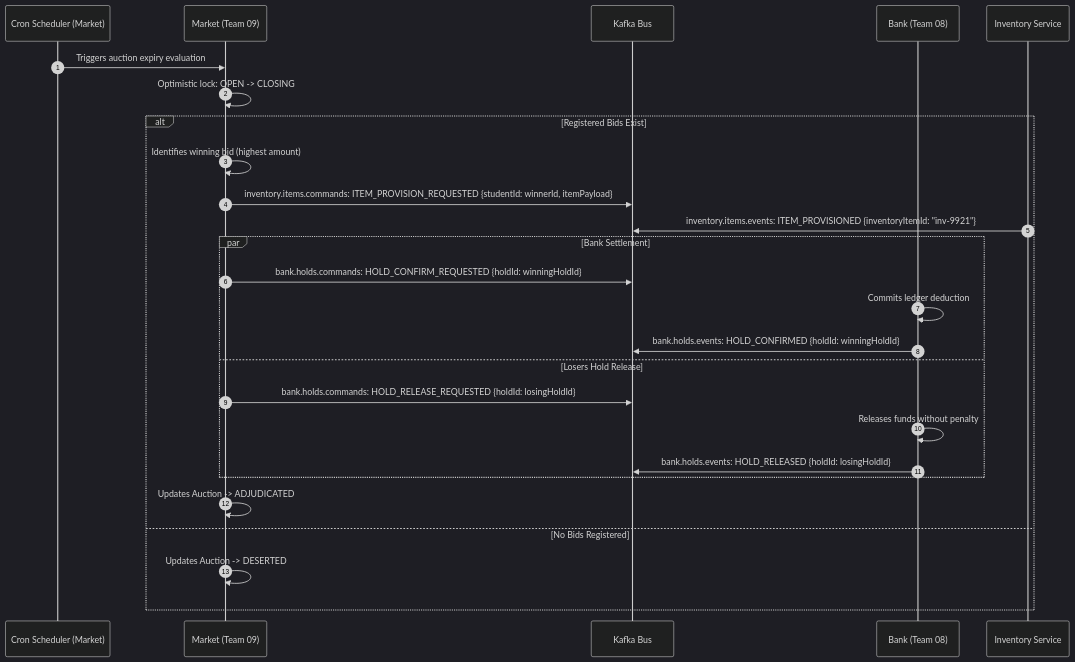
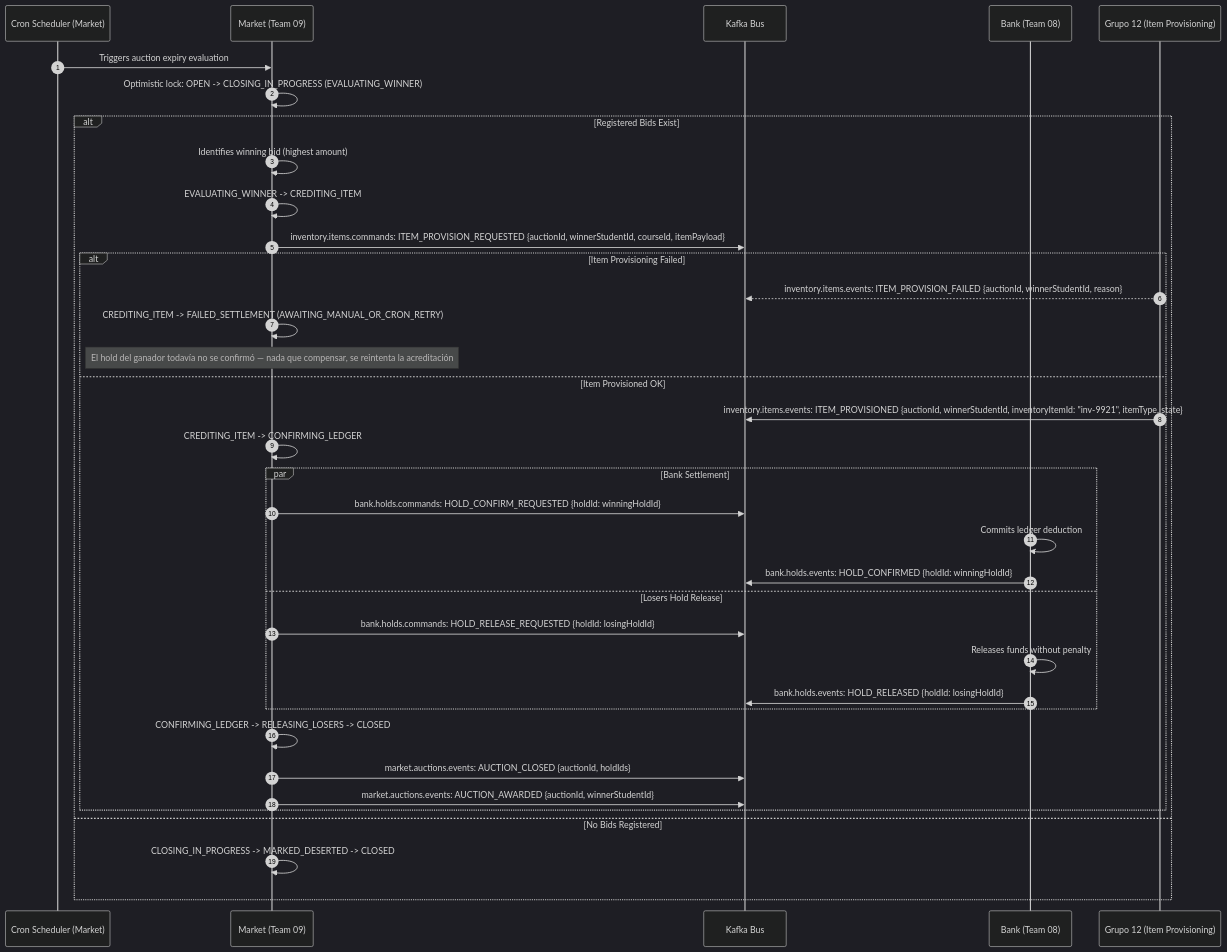
The fifth of 5 diagrams in diagramas-mercado.md (ValentinoMellia/docs), drawn with Mermaid (dark theme) before and after one commit. The commit also changed other lines of this file and 11 other files, not shown here.

````diff
--- a/diagramas-mercado.md
+++ b/diagramas-mercado.md
@@ -264,35 +226,45 @@
 ```mermaid
 sequenceDiagram
     autonumber
     participant Scheduler as Cron Scheduler (Market)
     participant Market as Market (Team 09)
     participant BusKafka as Kafka Bus
     participant Bank as Bank (Team 08)
-    participant Inventory as Inventory Service
+    participant Grupo12 as Grupo 12 (Item Provisioning)
 
     Scheduler->>Market: Triggers auction expiry evaluation
-    Market->>Market: Optimistic lock: OPEN -> CLOSING
+    Market->>Market: Optimistic lock: OPEN -> CLOSING_IN_PROGRESS (EVALUATING_WINNER)
 
     alt Registered Bids Exist
         Market->>Market: Identifies winning bid (highest amount)
-        
-        %% Phase 1: Deliver Asset to Winner
-        Market->>BusKafka: inventory.items.commands: ITEM_PROVISION_REQUESTED {studentId: winnerId, itemPayload}
-        Inventory->>BusKafka: inventory.items.events: ITEM_PROVISIONED {inventoryItemId: "inv-9921"}
 
-        %% Phase 2: Confirm Winner Hold & Release Losers
-        par Bank Settlement
-            Market->>BusKafka: bank.holds.commands: HOLD_CONFIRM_REQUESTED {holdId: winningHoldId}
-            Bank->>Bank: Commits ledger deduction
-            Bank->>BusKafka: bank.holds.events: HOLD_CONFIRMED {holdId: winningHoldId}
-        and Losers Hold Release
-            Market->>BusKafka: bank.holds.commands: HOLD_RELEASE_REQUESTED {holdId: losingHoldId}
-            Bank->>Bank: Releases funds without penalty
-            Bank->>BusKafka: bank.holds.events: HOLD_RELEASED {holdId: losingHoldId}
+        %% Phase 1: Deliver Asset to Winner via Grupo 12 — happens BEFORE ledger confirmation
+        Market->>Market: EVALUATING_WINNER -> CREDITING_ITEM
+        Market->>BusKafka: inventory.items.commands: ITEM_PROVISION_REQUESTED {auctionId, winnerStudentId, courseId, itemPayload}
+        alt Item Provisioning Failed
+            Grupo12-->>BusKafka: inventory.items.events: ITEM_PROVISION_FAILED {auctionId, winnerStudentId, reason}
+            Market->>Market: CREDITING_ITEM -> FAILED_SETTLEMENT (AWAITING_MANUAL_OR_CRON_RETRY)
+            Note over Market: El hold del ganador todavía no se confirmó — nada que compensar, se reintenta la acreditación
+        else Item Provisioned OK
+            Grupo12->>BusKafka: inventory.items.events: ITEM_PROVISIONED {auctionId, winnerStudentId, inventoryItemId: "inv-9921", itemType, state}
+            Market->>Market: CREDITING_ITEM -> CONFIRMING_LEDGER
+
+            %% Phase 2: Confirm Winner Hold & Release Losers
+            par Bank Settlement
+                Market->>BusKafka: bank.holds.commands: HOLD_CONFIRM_REQUESTED {holdId: winningHoldId}
+                Bank->>Bank: Commits ledger deduction
+                Bank->>BusKafka: bank.holds.events: HOLD_CONFIRMED {holdId: winningHoldId}
+            and Losers Hold Release
+                Market->>BusKafka: bank.holds.commands: HOLD_RELEASE_REQUESTED {holdId: losingHoldId}
+                Bank->>Bank: Releases funds without penalty
+                Bank->>BusKafka: bank.holds.events: HOLD_RELEASED {holdId: losingHoldId}
+            end
+
+            Market->>Market: CONFIRMING_LEDGER -> RELEASING_LOSERS -> CLOSED
+            Market->>BusKafka: market.auctions.events: AUCTION_CLOSED {auctionId, holdIds}
+            Market->>BusKafka: market.auctions.events: AUCTION_AWARDED {auctionId, winnerStudentId}
         end
-
-        Market->>Market: Updates Auction -> ADJUDICATED
     else No Bids Registered
-        Market->>Market: Updates Auction -> DESERTED
+        Market->>Market: CLOSING_IN_PROGRESS -> MARKED_DESERTED -> CLOSED
     end
 ```
````
